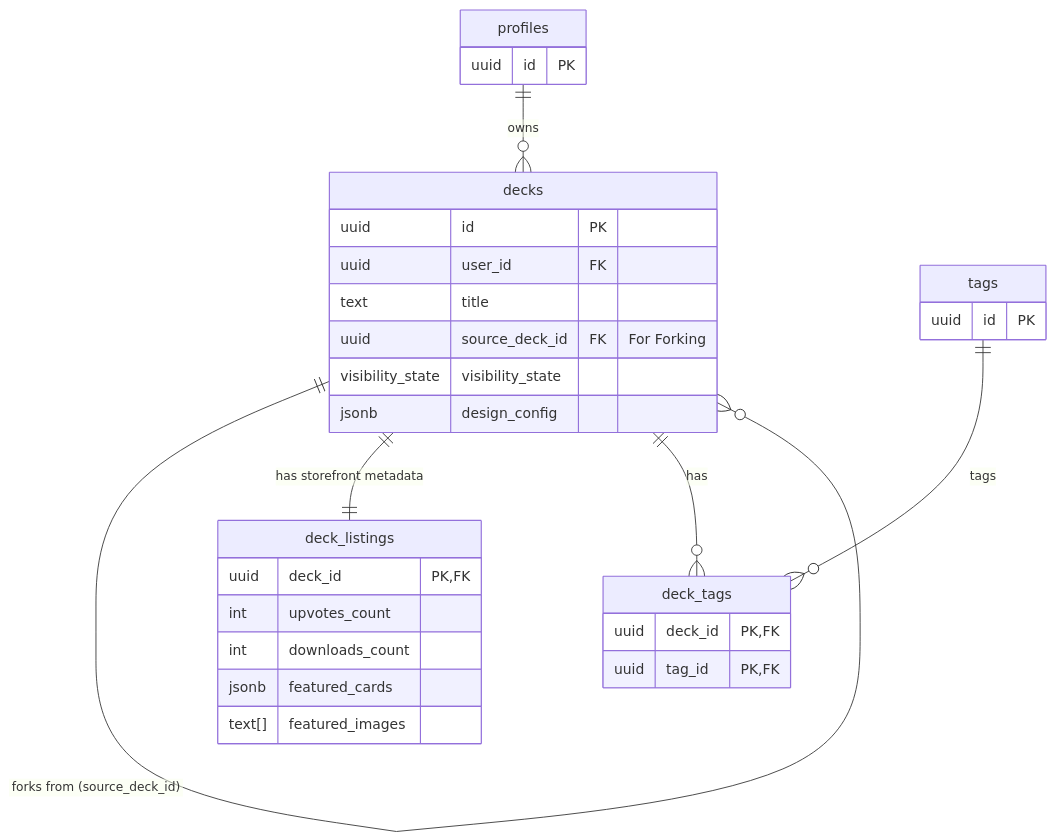
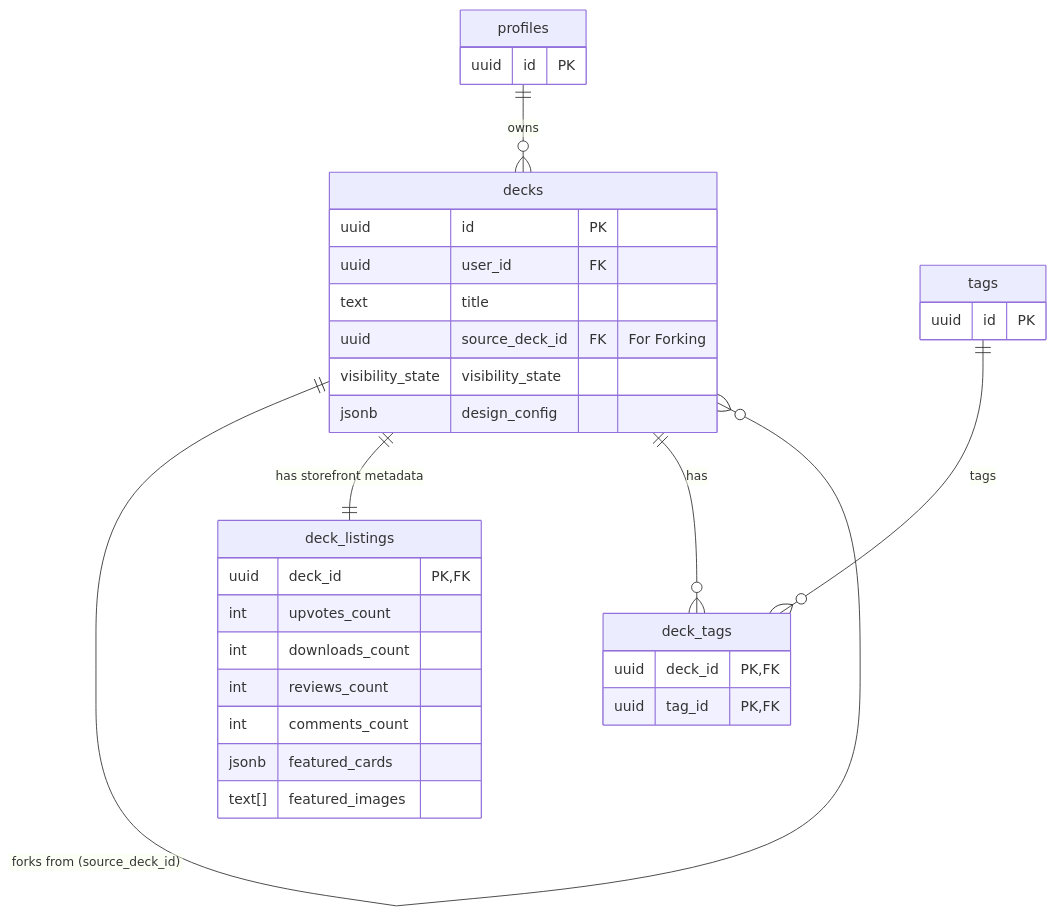
One commit to GuyWithBag/boo_mondai changed the second of 6 diagrams in supabase/context/schema_diagram.md. Above: the diagram before and after it, drawn with Mermaid. The commit also changed other lines of this file and 6 other files, not shown here.

````diff
--- a/supabase/context/schema_diagram.md
+++ b/supabase/context/schema_diagram.md
@@ -40,39 +40,41 @@
 ```mermaid
 erDiagram
     profiles {
         uuid id PK
     }
 
     decks {
         uuid id PK
         uuid user_id FK
         text title
         uuid source_deck_id FK "For Forking"
         visibility_state visibility_state
         jsonb design_config
     }
 
     deck_listings {
         uuid deck_id PK, FK
         int upvotes_count
         int downloads_count
+        int reviews_count
+        int comments_count
         jsonb featured_cards
         text[] featured_images
     }
 
     deck_tags {
         uuid deck_id PK, FK
         uuid tag_id PK, FK
     }
 
     tags {
         uuid id PK
     }
 
     profiles ||--o{ decks : "owns"
     decks ||--o{ decks : "forks from (source_deck_id)"
     decks ||--|| deck_listings : "has storefront metadata"
     decks ||--o{ deck_tags : "has"
     tags ||--o{ deck_tags : "tags"
 
 ```
````
